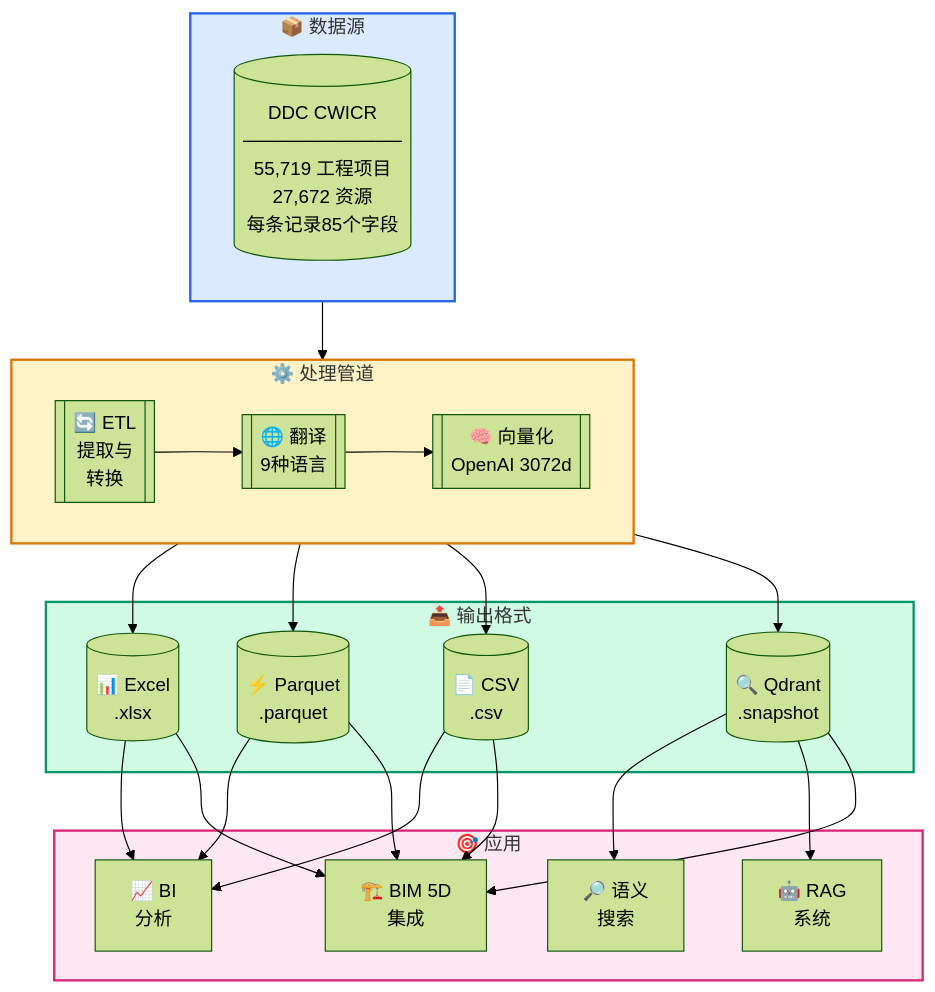
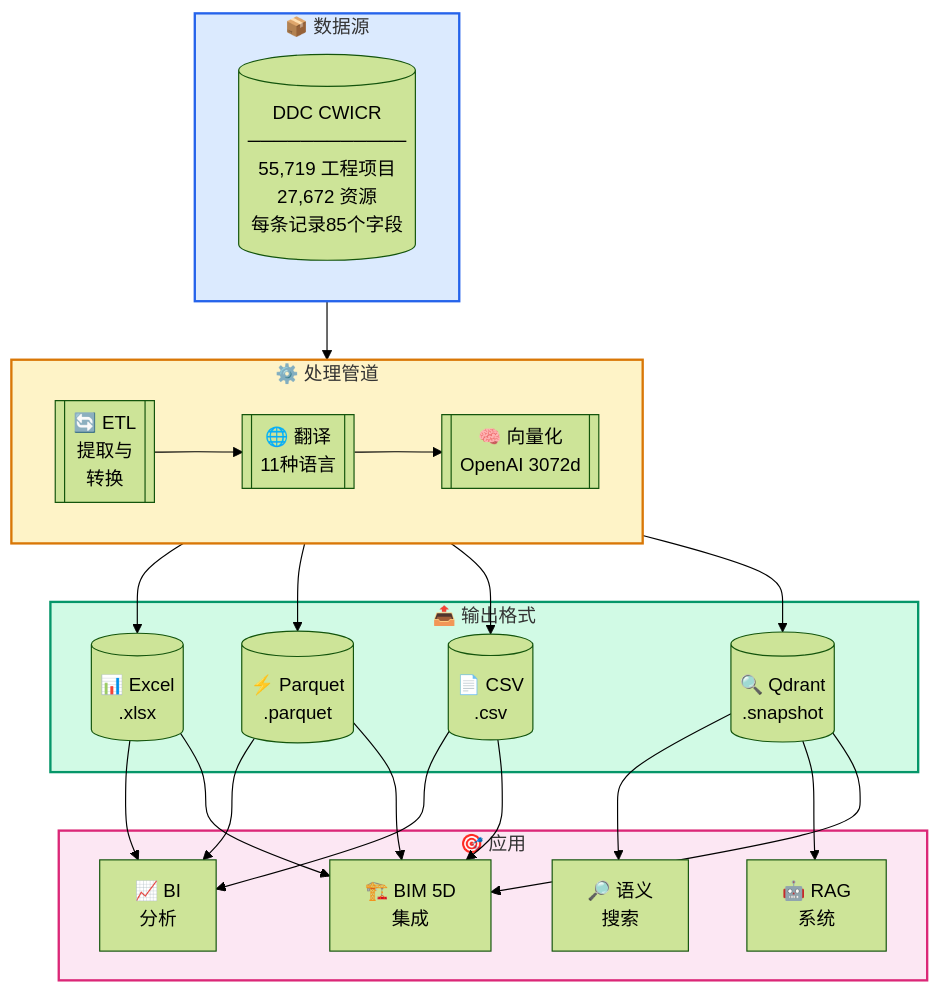
Before and after one commit to ehtick/OpenConstructionEstimate-DDC-CWICR: the second of 6 diagrams in README.zh-CN.md, drawn with Mermaid (forest theme). The commit also changed other lines of this file and 81 other files, not shown here.

````diff
--- a/README.zh-CN.md
+++ b/README.zh-CN.md
@@ -562,38 +562,38 @@
 ```mermaid
 flowchart TB
     subgraph Source["📦 数据源"]
         CWICR[(DDC CWICR<br/>────────────<br/>55,719 工程项目<br/>27,672 资源<br/>每条记录85个字段)]
     end
 
     subgraph Processing["⚙️ 处理管道"]
         direction LR
         ETL[["🔄 ETL<br/>提取与<br/>转换"]]
-        TRANS[["🌐 翻译<br/>9种语言"]]
+        TRANS[["🌐 翻译<br/>11种语言"]]
         EMBED[["🧠 向量化<br/>OpenAI 3072d"]]
         ETL --> TRANS --> EMBED
     end
 
     subgraph Outputs["📤 输出格式"]
         XLSX[("📊 Excel<br/>.xlsx")]
         PARQUET[("⚡ Parquet<br/>.parquet")]
         CSV[("📄 CSV<br/>.csv")]
         QDRANT[("🔍 Qdrant<br/>.snapshot")]
     end
 
     subgraph Apps["🎯 应用"]
         SEARCH["🔎 语义<br/>搜索"]
         BIM["🏗️ BIM 5D<br/>集成"]
         RAG["🤖 RAG<br/>系统"]
         BI["📈 BI<br/>分析"]
     end
 
     Source --> Processing
     Processing --> XLSX & PARQUET & CSV & QDRANT
     XLSX & PARQUET & CSV --> BI & BIM
     QDRANT --> SEARCH & RAG & BIM
 
     style Source fill:#dbeafe,stroke:#2563eb,stroke-width:2px
     style Processing fill:#fef3c7,stroke:#d97706,stroke-width:2px
     style Outputs fill:#d1fae5,stroke:#059669,stroke-width:2px
     style Apps fill:#fce7f3,stroke:#db2777,stroke-width:2px
 ```
````
